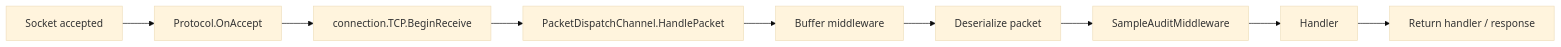
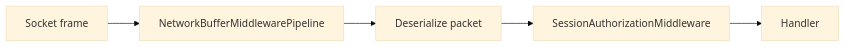
Before and after one commit to ppn-systems/Nalix: the diagram in docs/guides/custom-middleware-end-to-end.md, drawn with Mermaid (base theme). The commit also changed other lines of this file and 156 other files, not shown here.

````diff
--- a/docs/guides/custom-middleware-end-to-end.md
+++ b/docs/guides/custom-middleware-end-to-end.md
@@ -131,11 +169,7 @@
 ```mermaid
 flowchart LR
-    A["Socket accepted"] --> B["Protocol.OnAccept"]
-    B --> C["connection.TCP.BeginReceive"]
-    C --> D["PacketDispatchChannel.HandlePacket"]
-    D --> E["Buffer middleware"]
-    E --> F["Deserialize packet"]
-    F --> G["SampleAuditMiddleware"]
-    G --> H["Handler"]
-    H --> I["Return handler / response"]
+    A["Socket frame"] --> B["NetworkBufferMiddlewarePipeline"]
+    B --> C["Deserialize packet"]
+    C --> D["SessionAuthorizationMiddleware"]
+    D --> E["Handler"]
 ```
````
